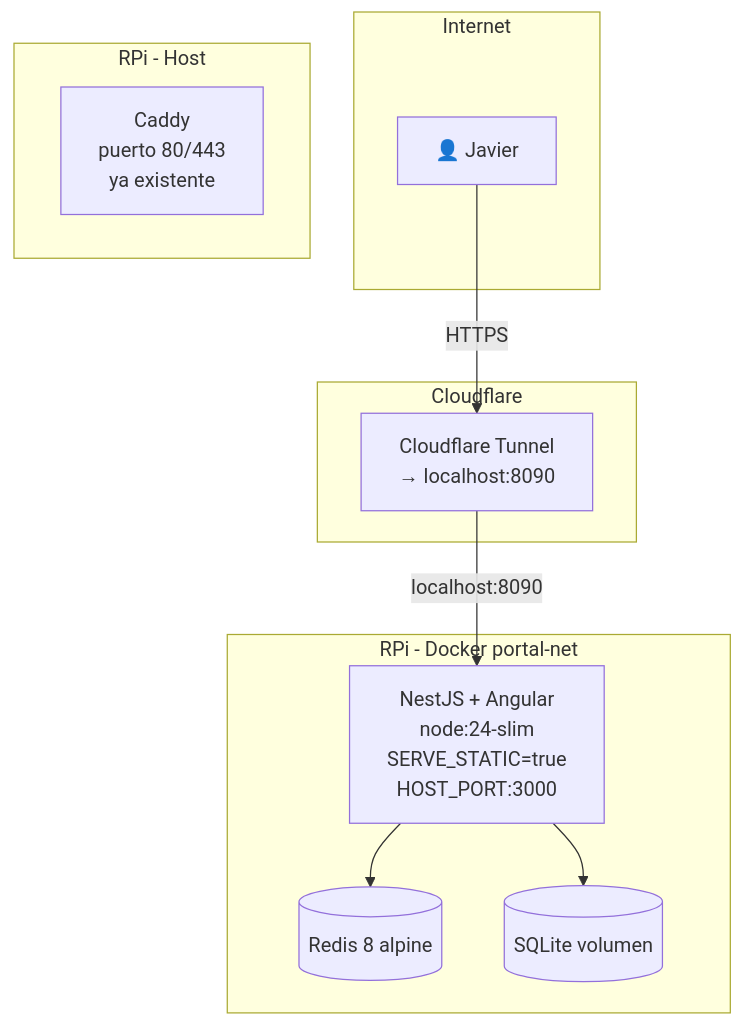
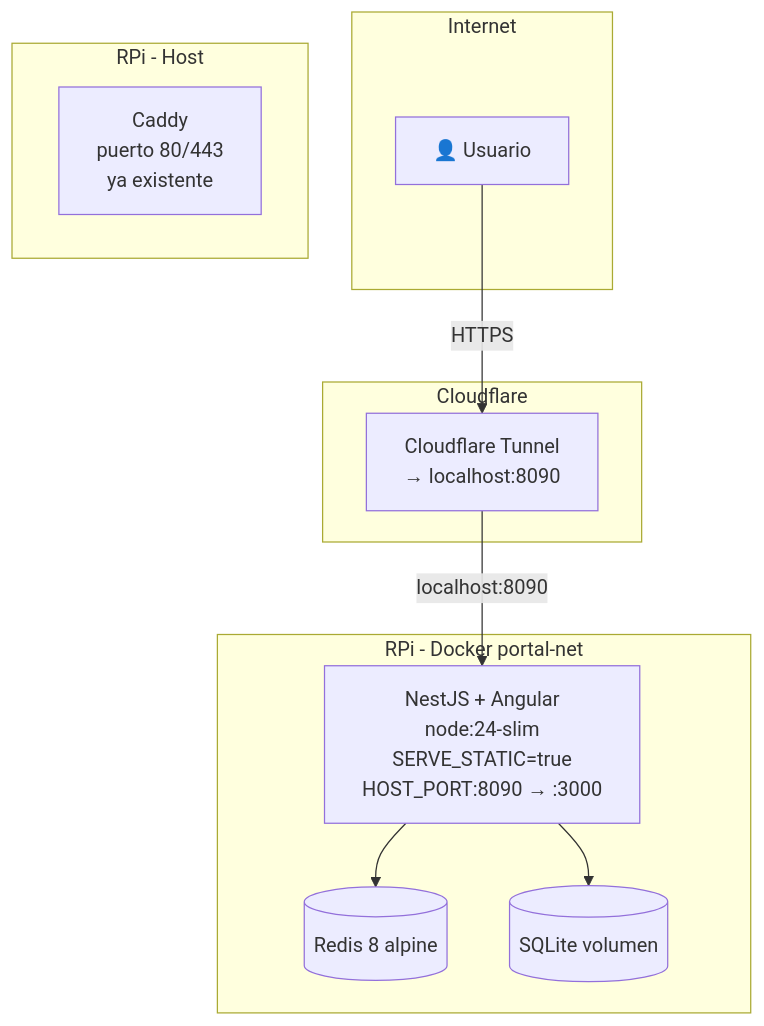
Before and after one commit to fjbatresv/daily-portal: the eighth of 9 diagrams in daily-portal-architecture.md, drawn with Mermaid. The commit also changed other lines of this file and 49 other files, not shown here.

````diff
--- a/daily-portal-architecture.md
+++ b/daily-portal-architecture.md
@@ -426,25 +426,25 @@
 ```mermaid
 graph TB
   subgraph Internet
-    USER[👤 Javier]
+    USER[👤 Usuario]
   end
 
   subgraph Cloudflare
     CF[Cloudflare Tunnel<br/>→ localhost:8090]
   end
 
   subgraph RPi - Host
     CADDY[Caddy<br/>puerto 80/443<br/>ya existente]
   end
 
   subgraph RPi - Docker portal-net
-    NESTJS[NestJS + Angular<br/>node:24-slim<br/>SERVE_STATIC=true<br/>HOST_PORT:3000]
+    NESTJS[NestJS + Angular<br/>node:24-slim<br/>SERVE_STATIC=true<br/>HOST_PORT:8090 → :3000]
     REDIS[(Redis 8 alpine)]
     SQLITE[(SQLite volumen)]
   end
 
   USER -->|HTTPS| CF
   CF -->|localhost:8090| NESTJS
   NESTJS --> REDIS
   NESTJS --> SQLITE
 ```
````
